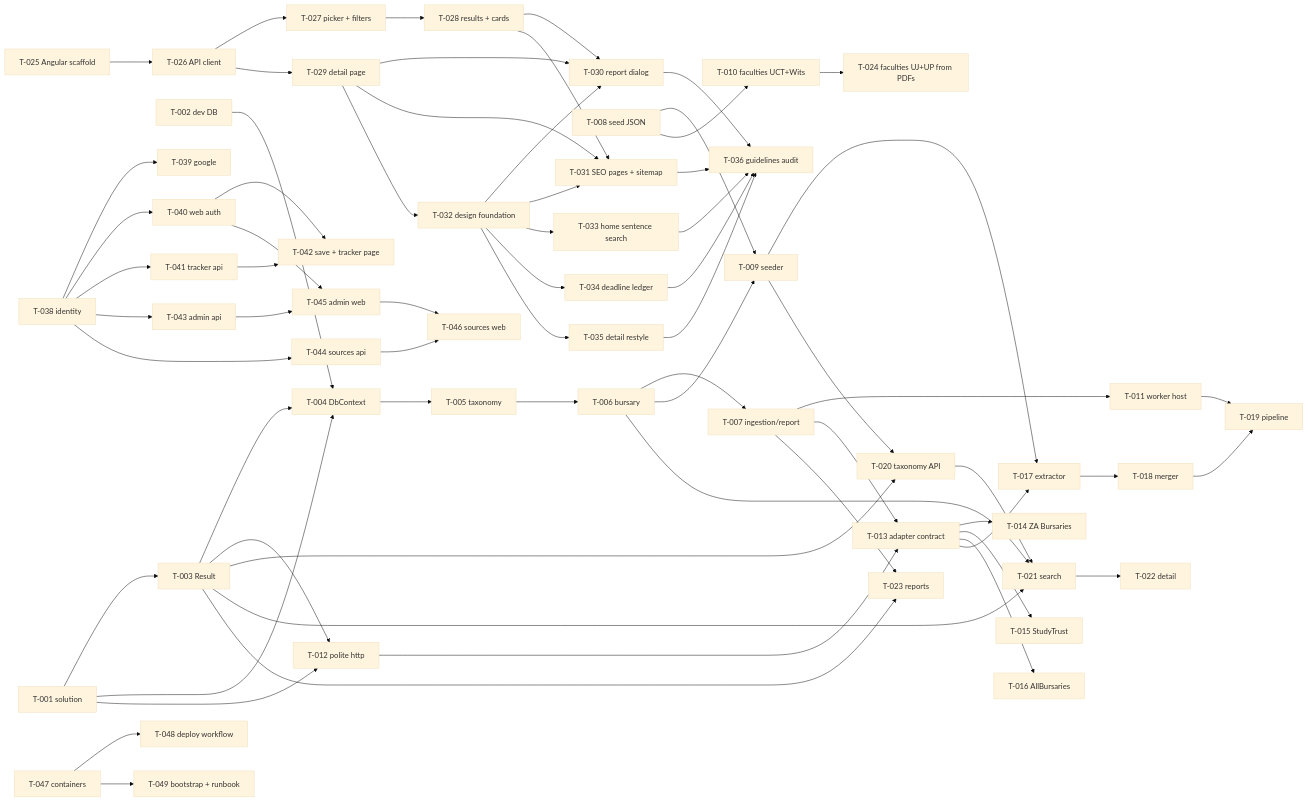
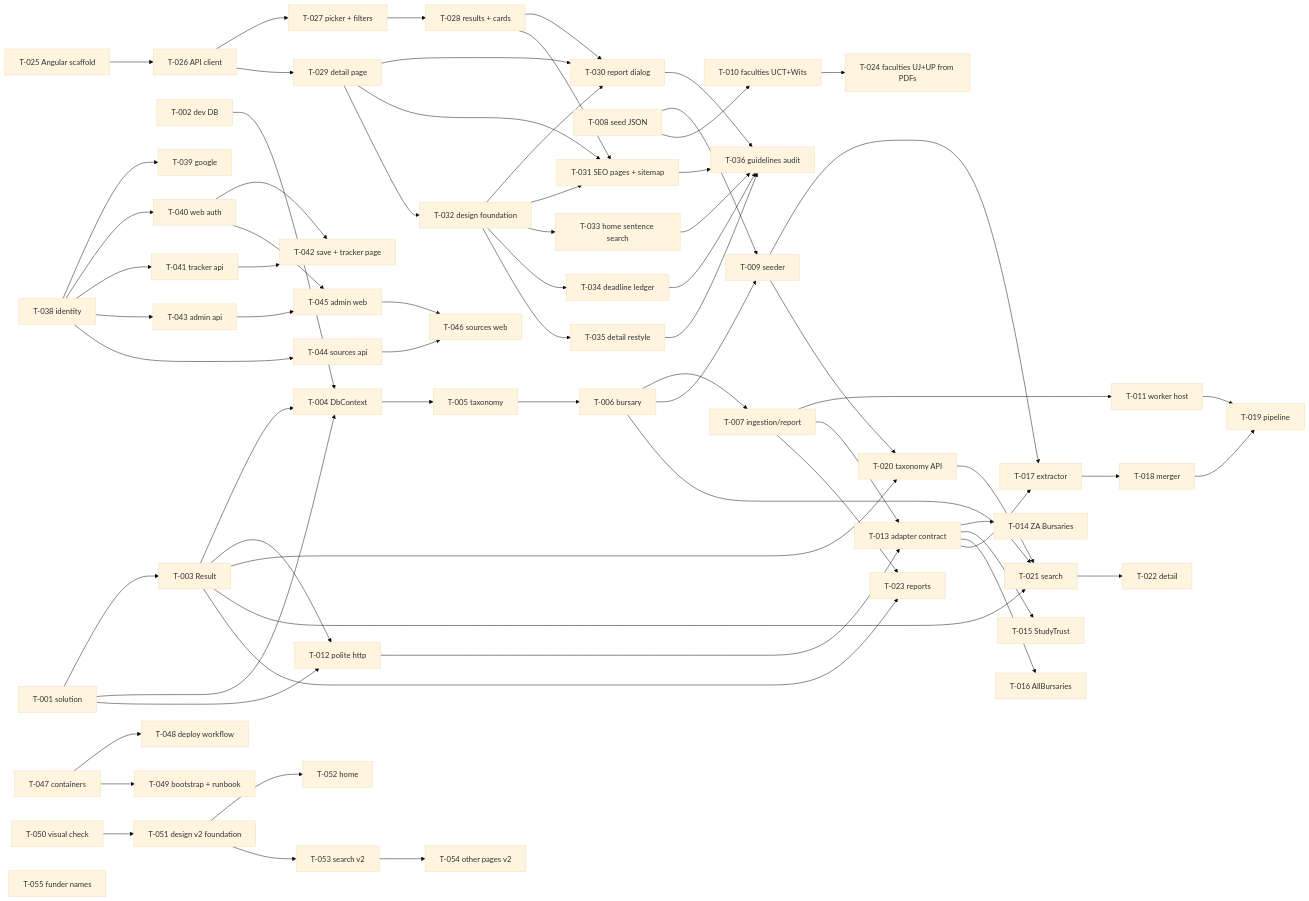
One commit to cssedi/getabursary changed the diagram in tasks/README.md. Above: the diagram before and after it, drawn with Mermaid (base theme). The commit also changed 9 other files, not shown here.

````diff
--- a/tasks/README.md
+++ b/tasks/README.md
@@ -27,67 +27,72 @@
 ```mermaid
 graph LR
   T001[T-001 solution] --> T003[T-003 Result]
   T001 --> T004[T-004 DbContext]
   T002[T-002 dev DB] --> T004
   T003 --> T004
   T004 --> T005[T-005 taxonomy]
   T005 --> T006[T-006 bursary]
   T006 --> T007[T-007 ingestion/report]
   T008[T-008 seed JSON] --> T009[T-009 seeder]
   T006 --> T009
   T008 --> T010[T-010 faculties UCT+Wits]
   T010 --> T024[T-024 faculties UJ+UP from PDFs]
   T007 --> T011[T-011 worker host]
   T001 --> T012[T-012 polite http]
   T003 --> T012
   T007 --> T013[T-013 adapter contract]
   T012 --> T013
   T013 --> T014[T-014 ZA Bursaries]
   T013 --> T015[T-015 StudyTrust]
   T013 --> T016[T-016 AllBursaries]
   T013 --> T017[T-017 extractor]
   T009 --> T017
   T017 --> T018[T-018 merger]
   T011 --> T019[T-019 pipeline]
   T018 --> T019
   T003 --> T020[T-020 taxonomy API]
   T009 --> T020
   T003 --> T021[T-021 search]
   T020 --> T021
   T006 --> T021
   T021 --> T022[T-022 detail]
   T003 --> T023[T-023 reports]
   T007 --> T023
   T025[T-025 Angular scaffold] --> T026[T-026 API client]
   T026 --> T027[T-027 picker + filters]
   T027 --> T028[T-028 results + cards]
   T026 --> T029[T-029 detail page]
   T028 --> T030[T-030 report dialog]
   T029 --> T030
   T028 --> T031[T-031 SEO pages + sitemap]
   T029 --> T031
   T029 --> T032[T-032 design foundation]
   T032 --> T030
   T032 --> T031
   T032 --> T033[T-033 home sentence search]
   T032 --> T034[T-034 deadline ledger]
   T032 --> T035[T-035 detail restyle]
   T030 --> T036[T-036 guidelines audit]
   T031 --> T036
   T033 --> T036
   T034 --> T036
   T035 --> T036
   T038[T-038 identity] --> T039[T-039 google]
   T038 --> T040[T-040 web auth]
   T038 --> T041[T-041 tracker api]
   T040 --> T042[T-042 save + tracker page]
   T041 --> T042
   T038 --> T043[T-043 admin api]
   T038 --> T044[T-044 sources api]
   T040 --> T045[T-045 admin web]
   T043 --> T045
   T044 --> T046[T-046 sources web]
   T045 --> T046
   T047[T-047 containers] --> T048[T-048 deploy workflow]
   T047 --> T049[T-049 bootstrap + runbook]
+  T050[T-050 visual check] --> T051[T-051 design v2 foundation]
+  T051 --> T052[T-052 home]
+  T051 --> T053[T-053 search v2]
+  T053 --> T054[T-054 other pages v2]
+  T055[T-055 funder names]
 ```
````
